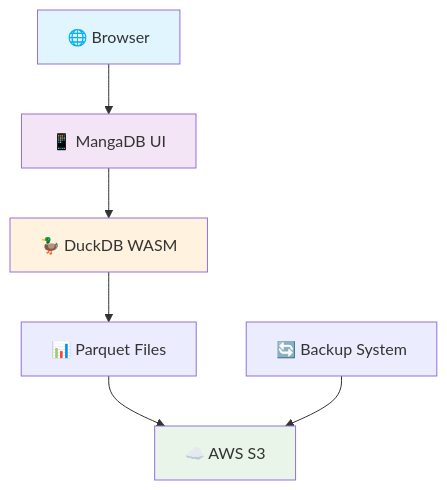
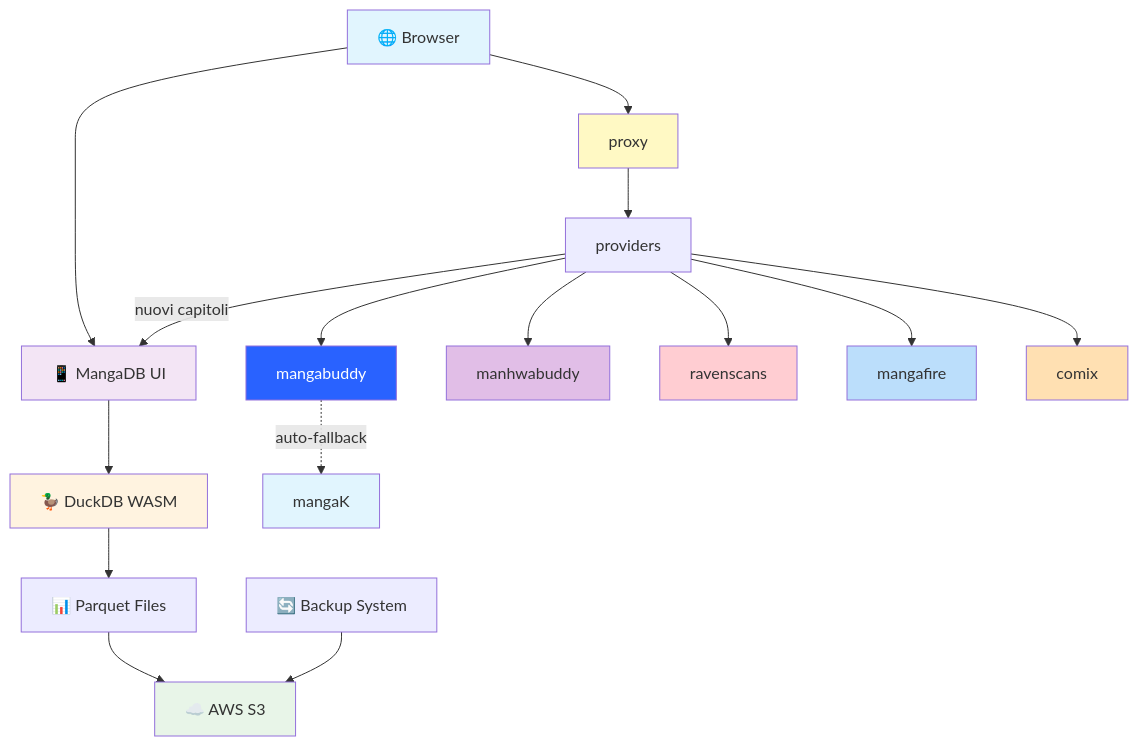
Before and after one commit to DuPont9029/mangadb: the diagram in README.md, drawn with Mermaid. The commit also changed other lines of this file and 7 other files, not shown here.

````diff
--- a/README.md
+++ b/README.md
@@ -105,13 +110,36 @@
 ```mermaid
-graph TB
-    A["🌐 Browser"] --> B["📱 MangaDB UI"]
+---
+config:
+  layout: fixed
+---
+flowchart TB
+    A["🌐 Browser"] --> B["📱 MangaDB UI"] & n6["proxy"]
     B --> C["🦆 DuckDB WASM"]
     C --> E["📊 Parquet Files"]
     E --> D["☁️ AWS S3"]
     F["🔄 Backup System"] --> D
+    n1["providers"] -- nuovi capitoli --> B
+    n1 --> n2["mangabuddy"] & n3["manhwabuddy"] & n4["ravenscans"] & n5["mangafire"] & n7["comix"]
+    n6 --> n1
+    n2 -. "auto-fallback" .-> n8["mangaK"]
 
+    n6@{ shape: rect}
+    n1@{ shape: rect}
+    n2@{ shape: rect}
+    n3@{ shape: rect}
+    n4@{ shape: rect}
+    n5@{ shape: rect}
+    n7@{ shape: rect}
+    n8@{ shape: rect}
     style A fill:#e1f5fe
     style B fill:#f3e5f5
+    style n6 fill:#FFF9C4
     style C fill:#fff3e0
     style D fill:#e8f5e8
+    style n2 fill:#2962FF,color:#FFFFFF
+    style n3 fill:#E1BEE7
+    style n4 fill:#FFCDD2
+    style n5 fill:#BBDEFB
+    style n7 fill:#FFE0B2
+    style n8 fill:#e1f5fe
 ```
````
